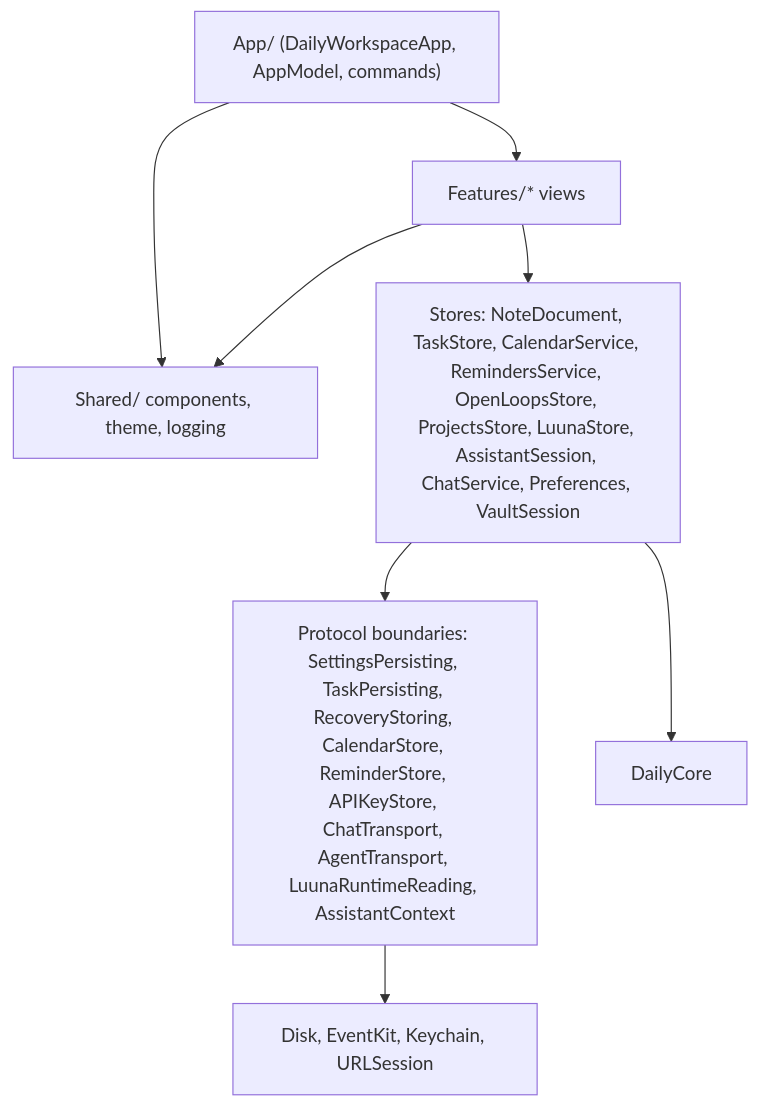
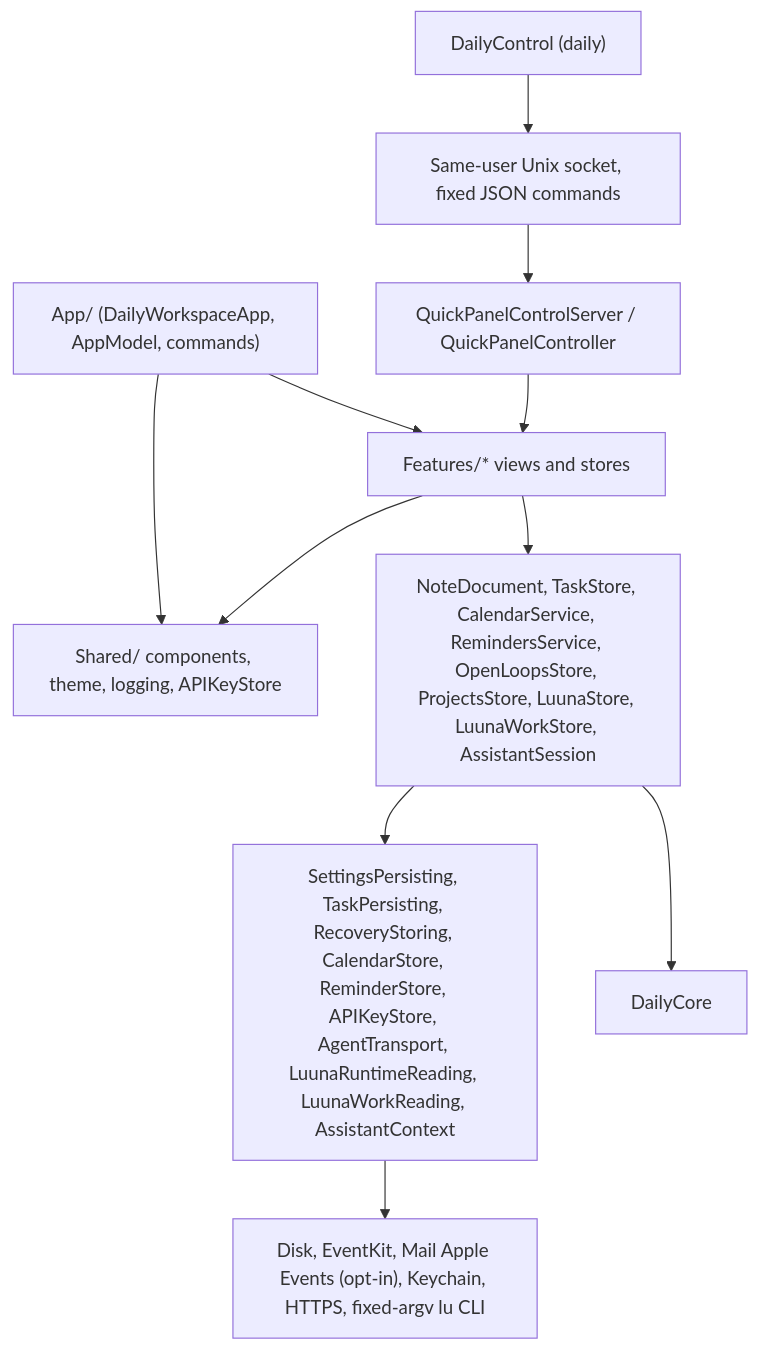
The diagram in docs/ARCHITECTURE.md (brodynelly/daily-workspace), drawn with Mermaid before and after one commit. The commit also changed other lines of this file and 209 other files, not shown here.

Commit message:
Integrate reviewed assistant and native panel workflows

````diff
--- a/docs/ARCHITECTURE.md
+++ b/docs/ARCHITECTURE.md
@@ -91,10 +94,13 @@
 ```mermaid
 flowchart TD
     App["App/ (DailyWorkspaceApp, AppModel, commands)"] --> Features
     App --> Shared
-    Features["Features/* views"] --> Stores["Stores: NoteDocument, TaskStore, CalendarService, RemindersService, OpenLoopsStore, ProjectsStore, LuunaStore, AssistantSession, ChatService, Preferences, VaultSession"]
-    Features --> Shared["Shared/ components, theme, logging"]
-    Stores --> Boundaries["Protocol boundaries: SettingsPersisting, TaskPersisting, RecoveryStoring, CalendarStore, ReminderStore, APIKeyStore, ChatTransport, AgentTransport, LuunaRuntimeReading, AssistantContext"]
+    Control["DailyControl (daily)"] --> Socket["Same-user Unix socket, fixed JSON commands"]
+    Socket --> Panel["QuickPanelControlServer / QuickPanelController"]
+    Panel --> Features["Features/* views and stores"]
+    Features --> Stores["NoteDocument, TaskStore, CalendarService, RemindersService, OpenLoopsStore, ProjectsStore, LuunaStore, LuunaWorkStore, AssistantSession"]
+    Features --> Shared["Shared/ components, theme, logging, APIKeyStore"]
+    Stores --> Boundaries["SettingsPersisting, TaskPersisting, RecoveryStoring, CalendarStore, ReminderStore, APIKeyStore, AgentTransport, LuunaRuntimeReading, LuunaWorkReading, AssistantContext"]
     Stores --> Core["DailyCore"]
-    Boundaries --> System["Disk, EventKit, Keychain, URLSession"]
+    Boundaries --> System["Disk, EventKit, Mail Apple Events (opt-in), Keychain, HTTPS, fixed-argv lu CLI"]
 ```
````
